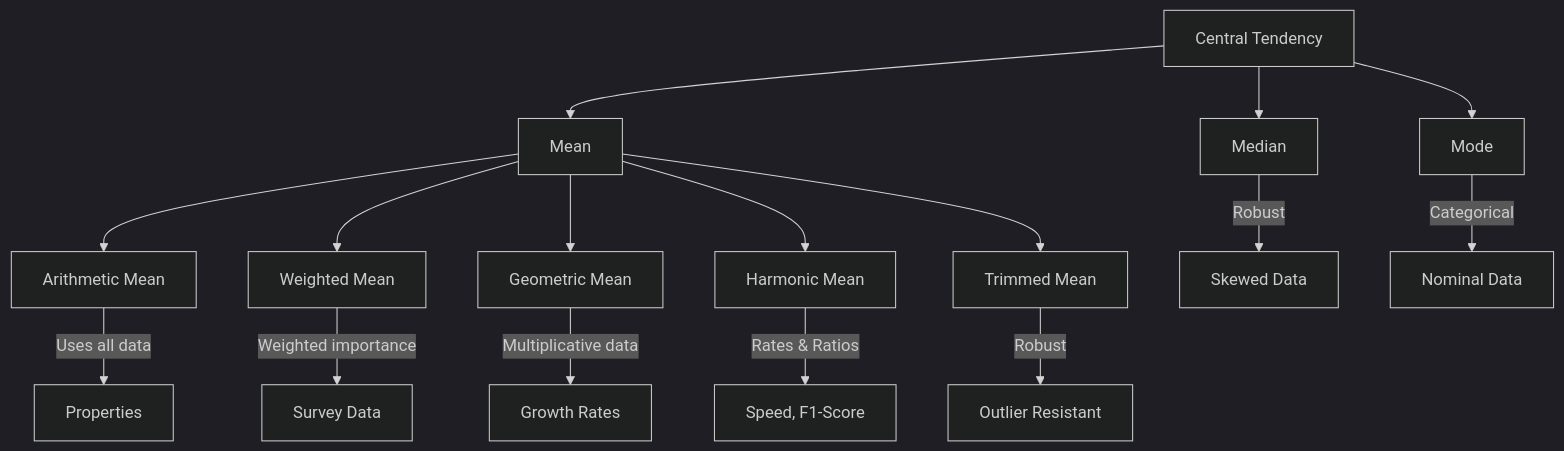
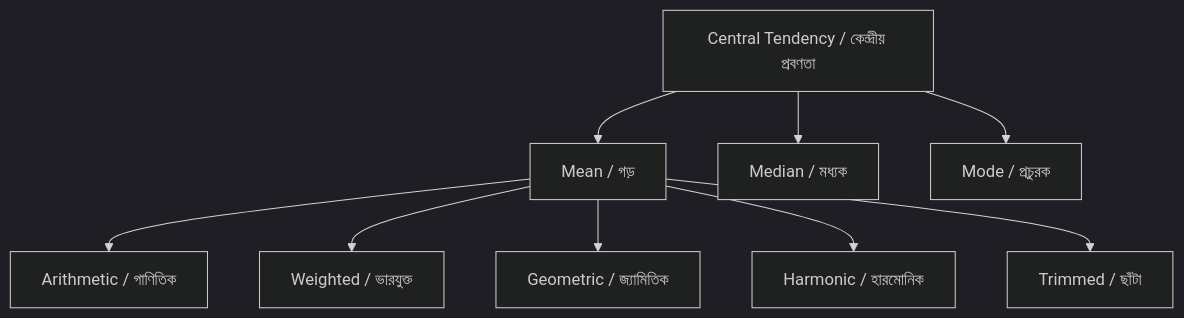
One commit to muhammadsalek/statistics-for-scientists changed the first of 2 diagrams in 02-central-tendency.md. Above: the diagram before and after it, drawn with Mermaid (dark theme). The commit also changed other lines of this file, not shown here.

````diff
--- a/02-central-tendency.md
+++ b/02-central-tendency.md
@@ -102,21 +64,11 @@
 ```mermaid
 flowchart TD
-    A[Central Tendency] --> B[Mean]
-    A --> C[Median]
-    A --> D[Mode]
-    
-    B --> B1[Arithmetic Mean]
-    B --> B2[Weighted Mean]
-    B --> B3[Geometric Mean]
-    B --> B4[Harmonic Mean]
-    B --> B5[Trimmed Mean]
-    
-    B1 --> |Uses all data| P1[Properties]
-    B2 --> |Weighted importance| P2[Survey Data]
-    B3 --> |Multiplicative data| P3[Growth Rates]
-    B4 --> |Rates & Ratios| P4[Speed, F1-Score]
-    B5 --> |Robust| P5[Outlier Resistant]
-    
-    C --> |Robust| R1[Skewed Data]
-    D --> |Categorical| R2[Nominal Data]
+    A[Central Tendency / কেন্দ্রীয় প্রবণতা] --> B[Mean / গড়]
+    A --> C[Median / মধ্যক]
+    A --> D[Mode / প্রচুরক]
+    B --> B1[Arithmetic / গাণিতিক]
+    B --> B2[Weighted / ভারযুক্ত]
+    B --> B3[Geometric / জ্যামিতিক]
+    B --> B4[Harmonic / হারমোনিক]
+    B --> B5[Trimmed / ছাঁটা]
 ```
````
